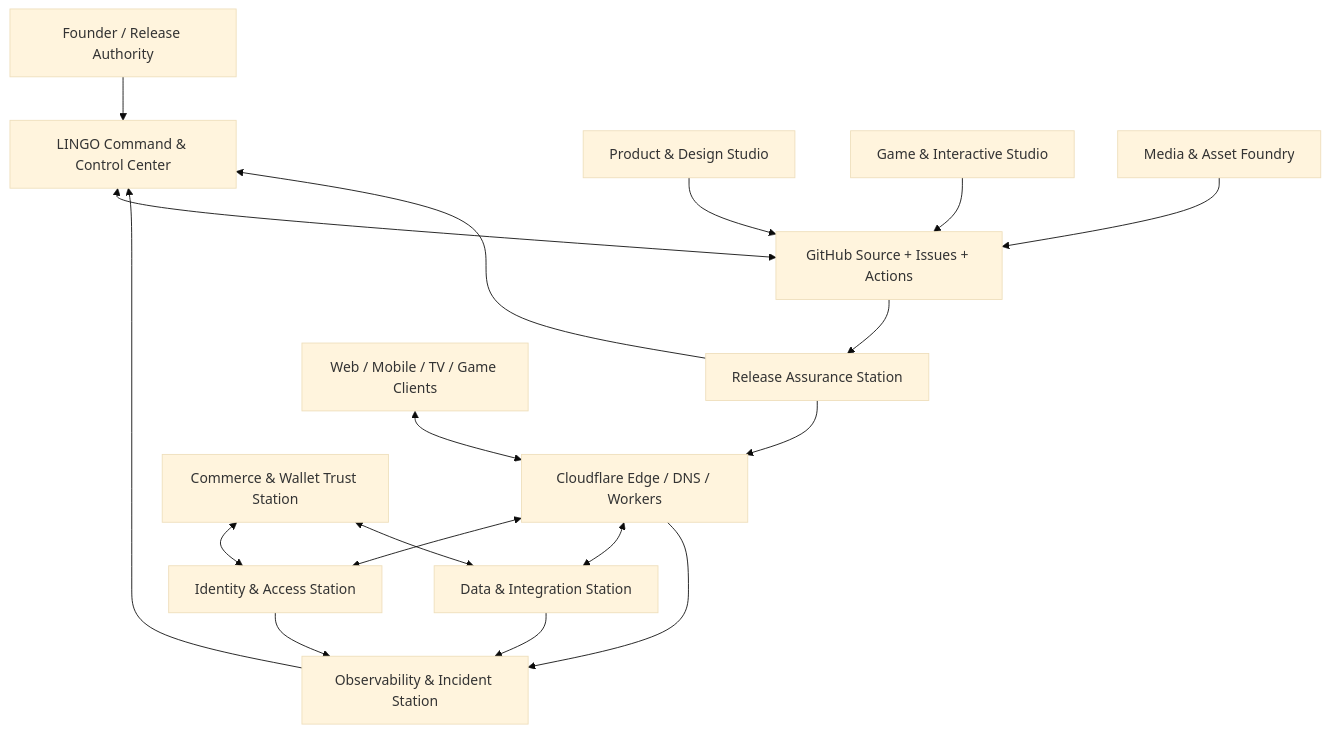
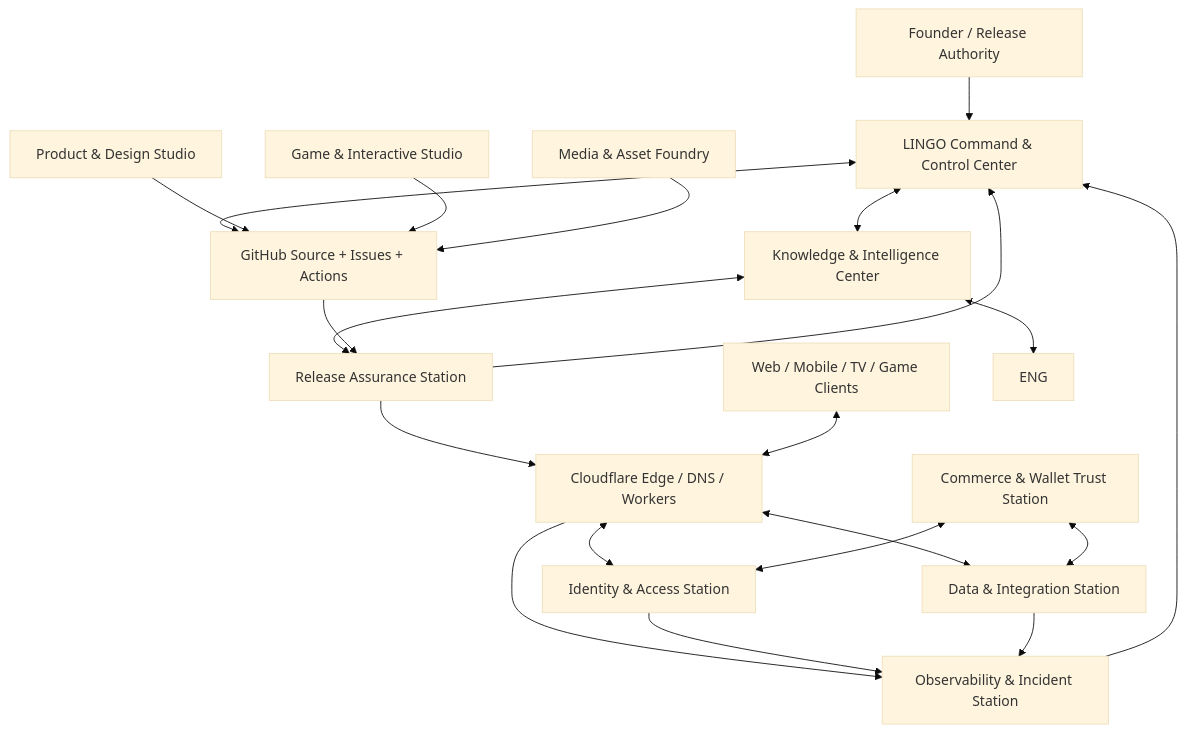
The diagram in docs/architecture/lingo-command-control-architecture-v1.md (thelingolegacy-blip/TheLingoLegacy), drawn with Mermaid (base theme) before and after one commit. The commit also changed other lines of this file, not shown here.

Commit message:
docs(architecture): integrate LINGO knowledge intelligence center

````diff
--- a/docs/architecture/lingo-command-control-architecture-v1.md
+++ b/docs/architecture/lingo-command-control-architecture-v1.md
@@ -14,34 +14,38 @@
 ```mermaid
 flowchart TB
   OWNER[Founder / Release Authority]
   C2[LINGO Command & Control Center]
+  KNOW[Knowledge & Intelligence Center]
   GH[GitHub Source + Issues + Actions]
   EDGE[Cloudflare Edge / DNS / Workers]
   ID[Identity & Access Station]
   DATA[Data & Integration Station]
   UX[Product & Design Studio]
   GAME[Game & Interactive Studio]
   MEDIA[Media & Asset Foundry]
   COM[Commerce & Wallet Trust Station]
   OBS[Observability & Incident Station]
   REL[Release Assurance Station]
   USERS[Web / Mobile / TV / Game Clients]
 
   OWNER --> C2
+  C2 <--> KNOW
+  KNOW <--> ENG
+  KNOW <--> REL
   C2 <--> GH
   GH --> REL
   REL --> EDGE
   USERS <--> EDGE
   EDGE <--> ID
   EDGE <--> DATA
   UX --> GH
   GAME --> GH
   MEDIA --> GH
   COM <--> ID
   COM <--> DATA
   EDGE --> OBS
   ID --> OBS
   DATA --> OBS
   OBS --> C2
   REL --> C2
 ```
````
